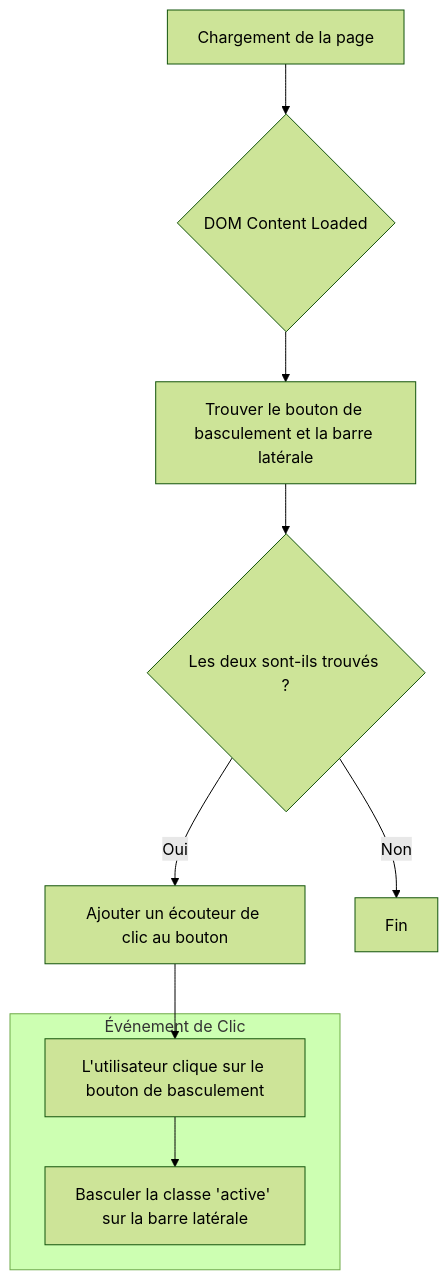
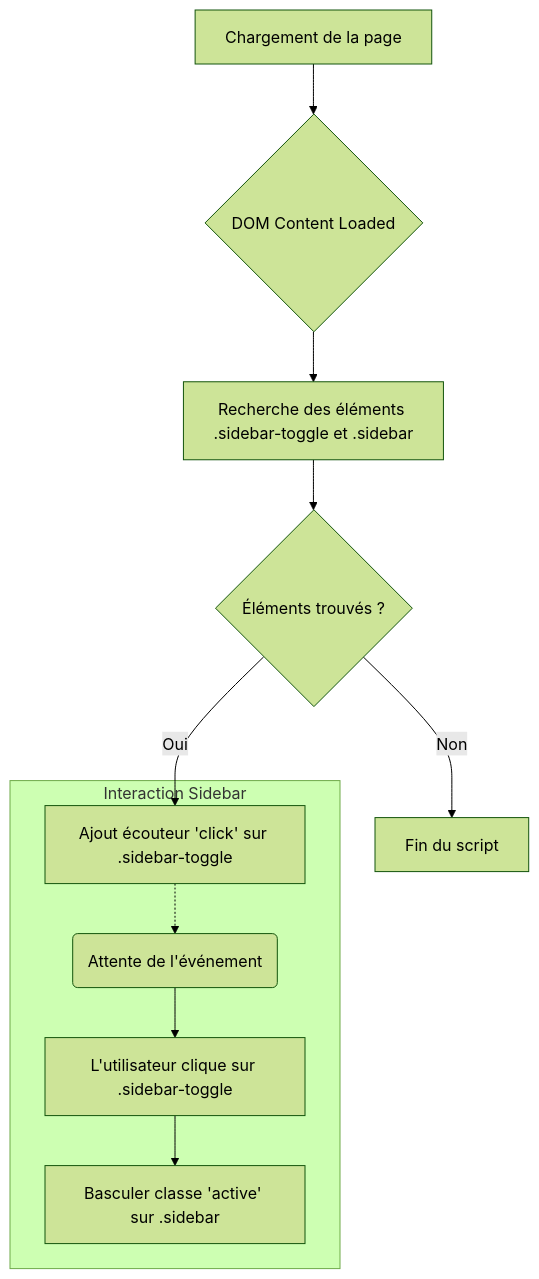
The fourth of 6 diagrams in docs/Extrait du code Front-End.md (oggixtag/EcoRide), drawn with Mermaid (forest theme) before and after one commit.

Commit message:
docs: Redesign script_profile.js mermaid graph for clarity

````diff
--- a/docs/Extrait du code Front-End.md
+++ b/docs/Extrait du code Front-End.md
@@ -383,15 +383,14 @@
 ```mermaid
 graph TD
     PA[Chargement de la page] --> PB{DOM Content Loaded};
-    PB --> PC[Trouver le bouton de basculement et la barre latérale];
-    PC --> PD{Les deux sont-ils trouvés ?};
-    PD -- Oui --> PE[Ajouter un écouteur de clic au bouton];
-    PD -- Non --> PH[Fin];
+    PB --> PC[Recherche des éléments .sidebar-toggle et .sidebar];
+    PC --> PD{Éléments trouvés ?};
+    PD -- Oui --> PE[Ajout écouteur 'click' sur .sidebar-toggle];
+    PD -- Non --> PH[Fin du script];
 
-    subgraph Clic_Sidebar [Événement de Clic]
-        PF[L'utilisateur clique sur le bouton de basculement] --> PG[Basculer la classe 'active' sur la barre latérale];
+    subgraph Interaction_Sidebar [Interaction Sidebar]
+        PE -.-> PF(Attente de l'événement);
+        PF --> PG[L'utilisateur clique sur .sidebar-toggle];
+        PG --> PH_Action[Basculer classe 'active' sur .sidebar];
     end
-
-
-    PE --> PF;
 ```
````
